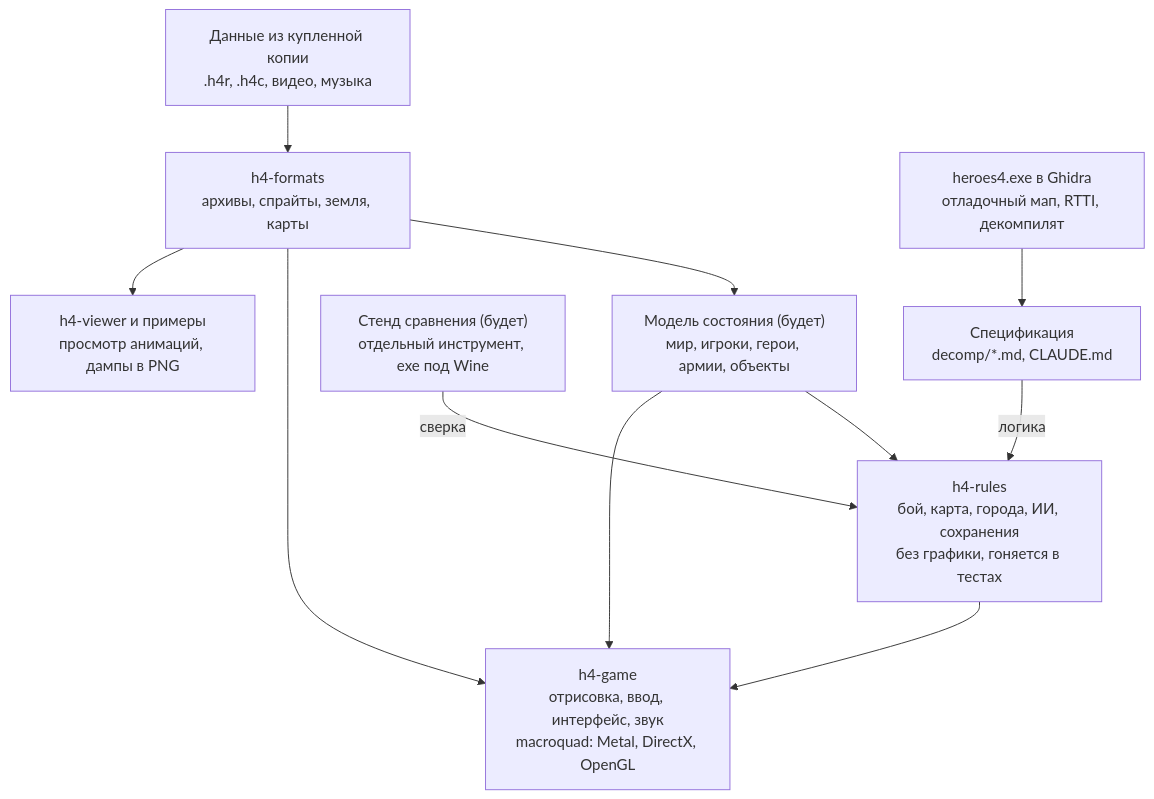
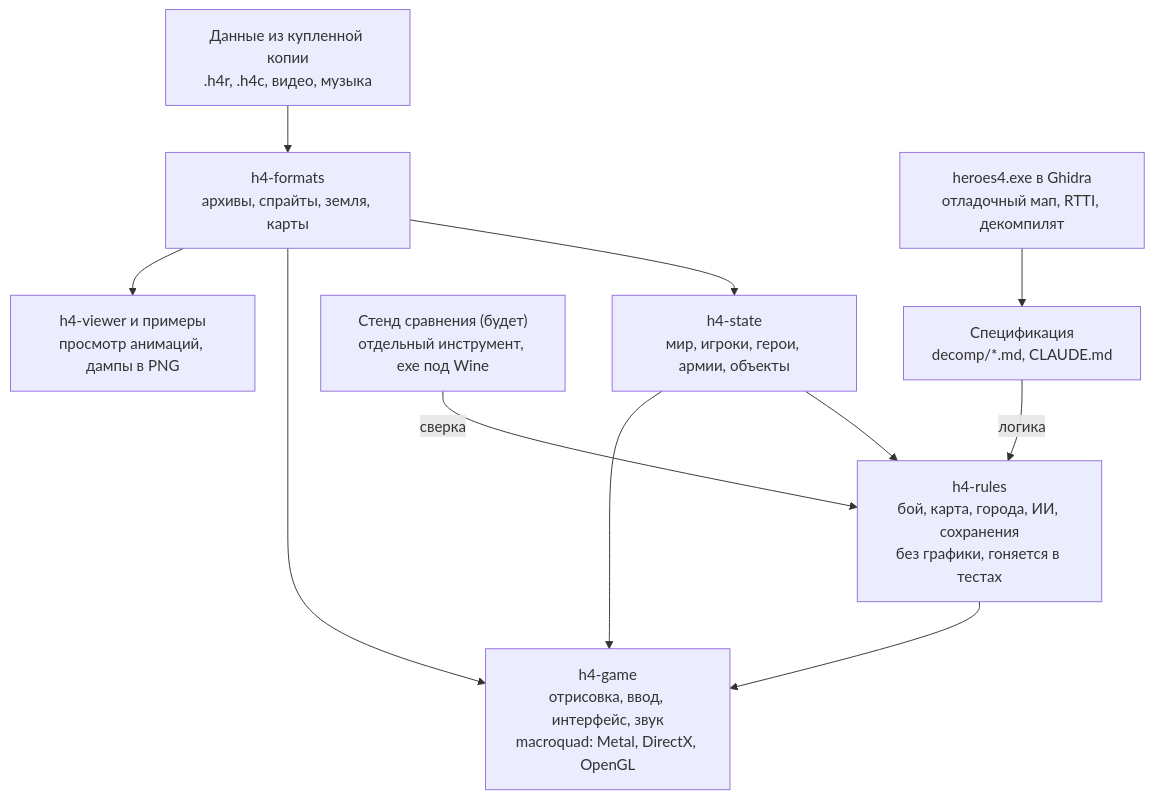
The diagram in PLAN.md (demen1n/h4r), drawn with Mermaid before and after one commit. The commit also changed other lines of this file and 15 other files, not shown here.

````diff
--- a/PLAN.md
+++ b/PLAN.md
@@ -42,13 +42,13 @@
 ```mermaid
 flowchart TD
     data["Данные из купленной копии<br/>.h4r, .h4c, видео, музыка"] --> formats["h4-formats<br/>архивы, спрайты, земля, карты"]
     exe["heroes4.exe в Ghidra<br/>отладочный мап, RTTI, декомпилят"] --> spec["Спецификация<br/>decomp/*.md, CLAUDE.md"]
-    formats --> state["Модель состояния (будет)<br/>мир, игроки, герои, армии, объекты"]
+    formats --> state["h4-state<br/>мир, игроки, герои, армии, объекты"]
     state --> rules["h4-rules<br/>бой, карта, города, ИИ, сохранения<br/>без графики, гоняется в тестах"]
     spec -- логика --> rules
     bench["Стенд сравнения (будет)<br/>отдельный инструмент, exe под Wine"] -- сверка --> rules
     rules --> game["h4-game<br/>отрисовка, ввод, интерфейс, звук<br/>macroquad: Metal, DirectX, OpenGL"]
     formats --> game
     state --> game
     formats --> tools["h4-viewer и примеры<br/>просмотр анимаций, дампы в PNG"]
 ```
````
